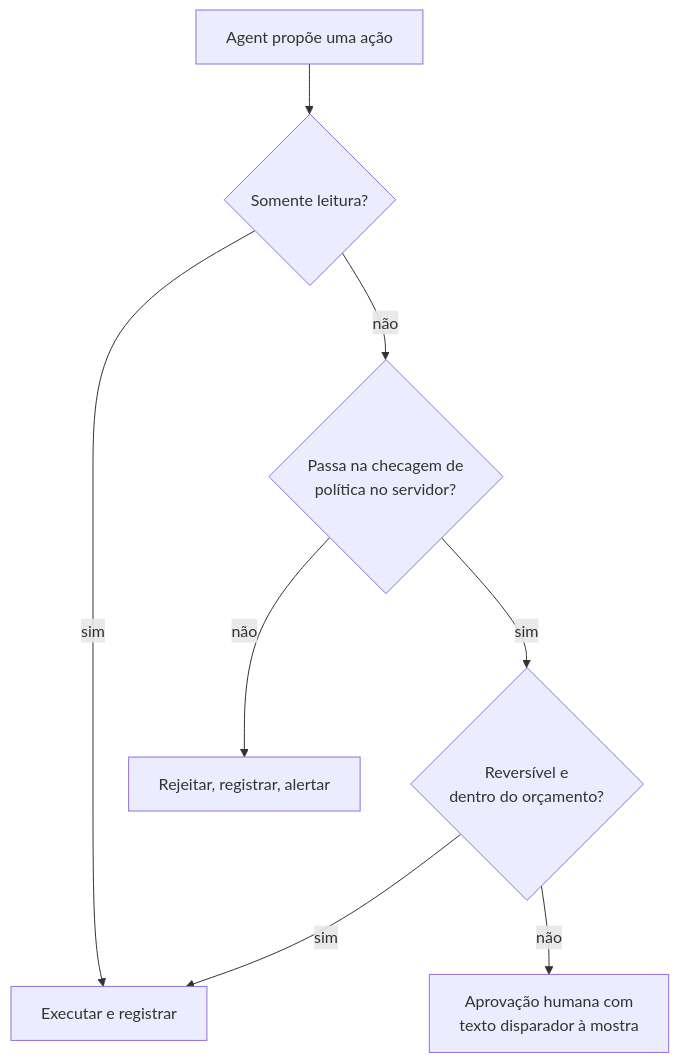
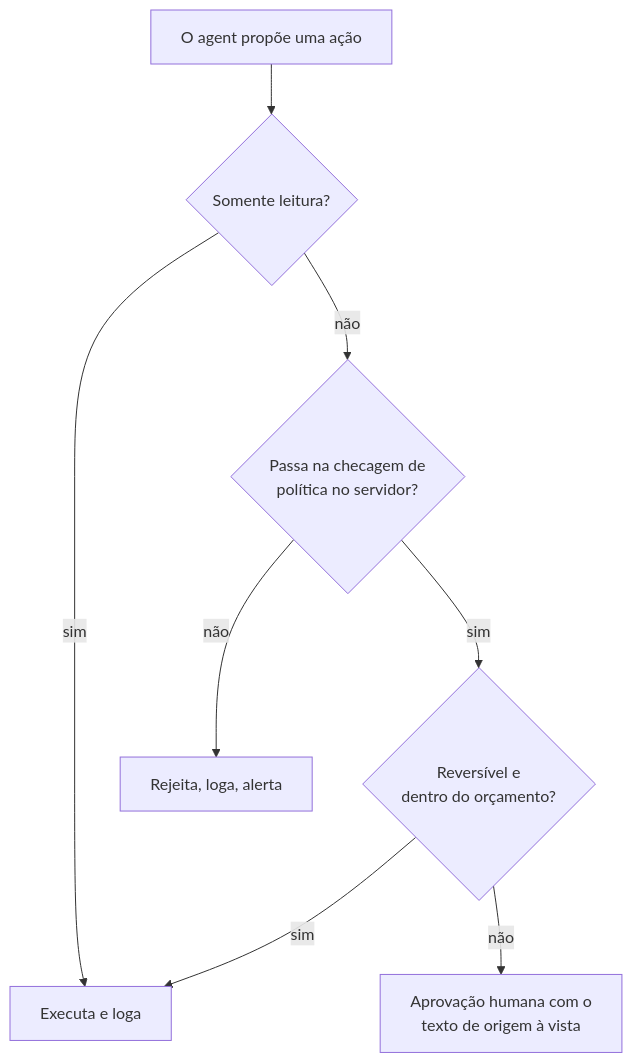
Before and after one commit to andrevberaldo/AI-Engineer-Interview-Questions: diagram 12 of 13 in 13-interview-process-and-behavioral/questions.pt-BR.md, drawn with Mermaid. The commit also changed other lines of this file and 1 other file, not shown here.

````diff
--- a/13-interview-process-and-behavioral/questions.pt-BR.md
+++ b/13-interview-process-and-behavioral/questions.pt-BR.md
@@ -866,10 +866,10 @@
 ```mermaid
 flowchart TD
-    A["Agent propõe uma ação"] --> B{"Somente leitura?"}
-    B -->|"sim"| C["Executar e registrar"]
+    A["O agent propõe uma ação"] --> B{"Somente leitura?"}
+    B -->|"sim"| C["Executa e loga"]
     B -->|"não"| D{"Passa na checagem de<br/>política no servidor?"}
-    D -->|"não"| E["Rejeitar, registrar, alertar"]
+    D -->|"não"| E["Rejeita, loga, alerta"]
     D -->|"sim"| F{"Reversível e<br/>dentro do orçamento?"}
     F -->|"sim"| C
-    F -->|"não"| G["Aprovação humana com<br/>texto disparador à mostra"]
+    F -->|"não"| G["Aprovação humana com o<br/>texto de origem à vista"]
 ```
````
